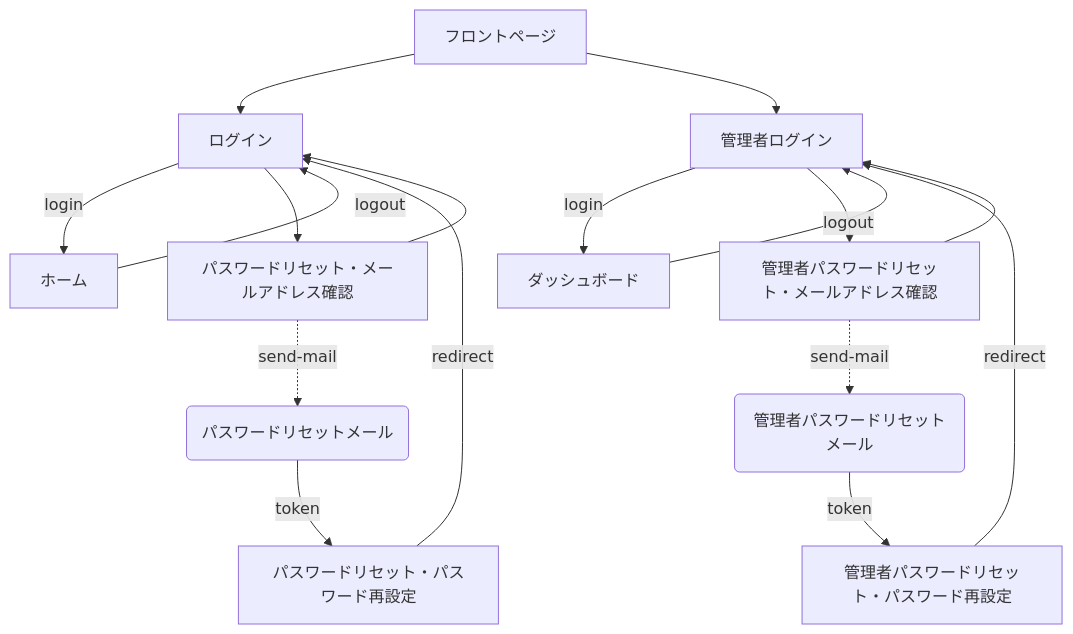
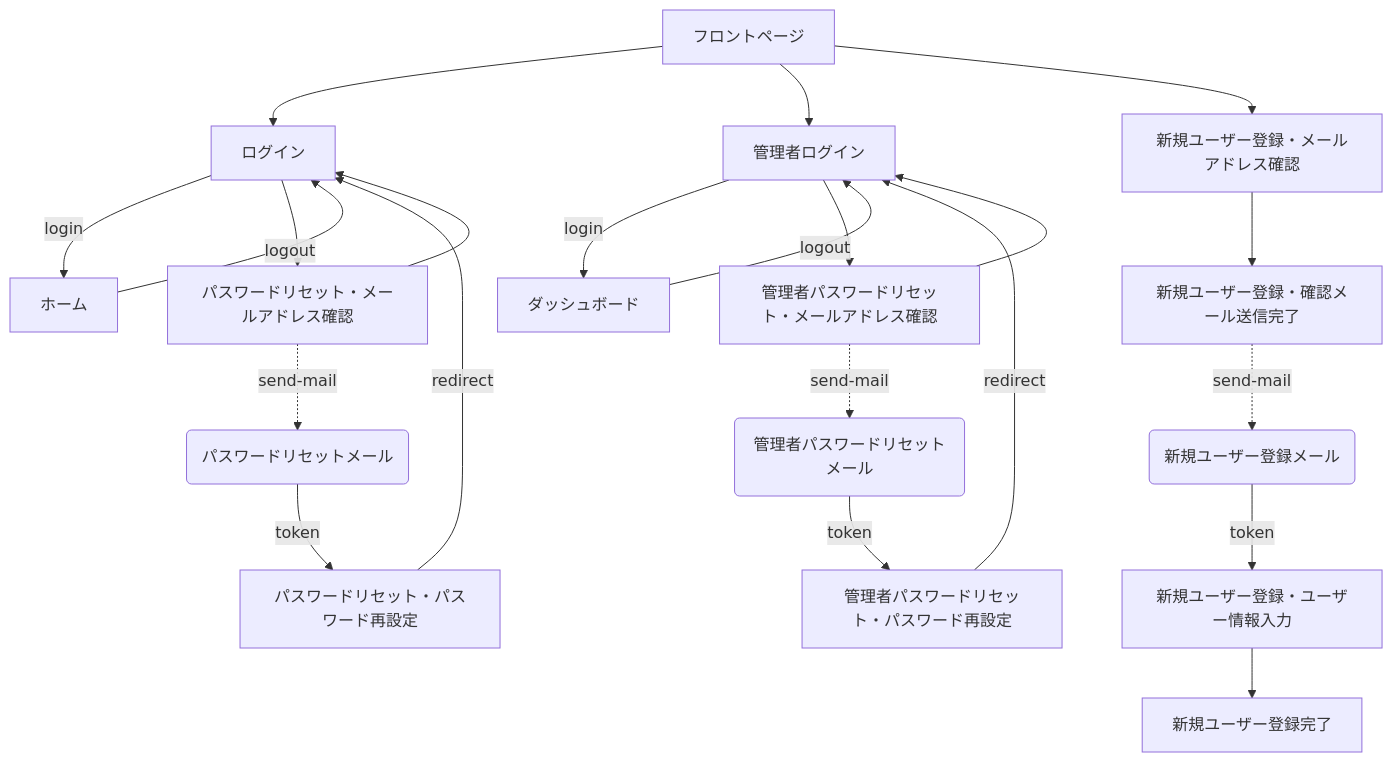
Before and after one commit to DesignSupply/startify-app: the first of 2 diagrams in specifications/ENV_OVERVIEW.md, drawn with Mermaid. The commit also changed other lines of this file and 1 other file, not shown here.

````diff
--- a/specifications/ENV_OVERVIEW.md
+++ b/specifications/ENV_OVERVIEW.md
@@ -79,19 +85,24 @@
 ```mermaid
 flowchart TD
     frontpage[フロントページ] --> signin[ログイン]
     signin -- login -->  home[ホーム]
     home -- logout --> signin
     frontpage --> admin[管理者ログイン]
     admin -- login --> dashboard[ダッシュボード]
     dashboard -- logout --> admin
     signin --> password-forgot[パスワードリセット・メールアドレス確認]
     password-forgot -.-> |send-mail| mail-password-forgot(パスワードリセットメール)
     mail-password-forgot -- token --> password-reset[パスワードリセット・パスワード再設定]
     password-reset -- redirect --> signin
     password-forgot --> signin
     admin --> admin-password-forgot[管理者パスワードリセット・メールアドレス確認]
     admin-password-forgot -.-> |send-mail| mail-admin-password-forgot(管理者パスワードリセットメール)
     mail-admin-password-forgot -- token --> admin-password-reset[管理者パスワードリセット・パスワード再設定]
     admin-password-reset -- redirect --> admin
     admin-password-forgot --> admin
+    frontpage --> signup[新規ユーザー登録・メールアドレス確認]
+    signup --> signup-pending[新規ユーザー登録・確認メール送信完了]
+    signup-pending -.-> |send-mail| mail-signup(新規ユーザー登録メール)
+    mail-signup -- token --> signup-register[新規ユーザー登録・ユーザー情報入力]
+    signup-register --> signup-complete[新規ユーザー登録完了]
 ```
````
